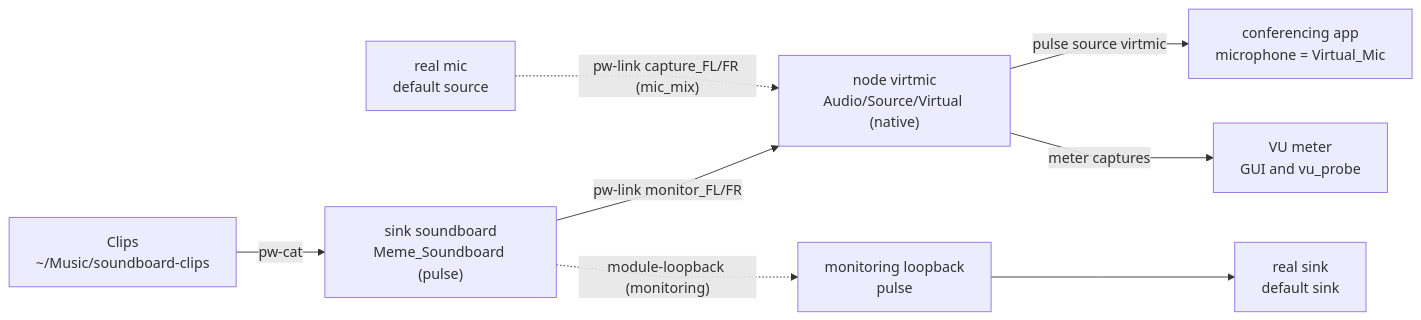
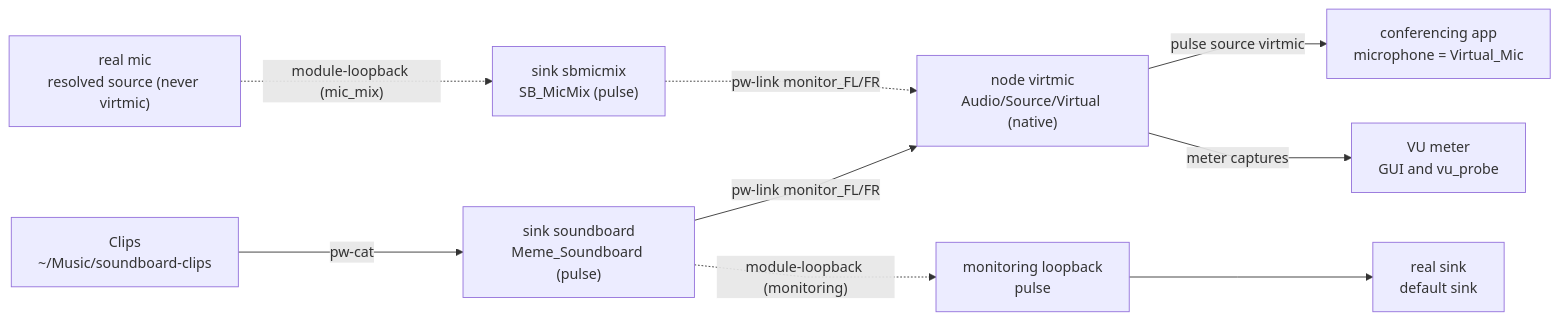
Before and after one commit to wsgoggway/soundboard: the first of 2 diagrams in docs/hld.md, drawn with Mermaid. The commit also changed other lines of this file and 5 other files, not shown here.

````diff
--- a/docs/hld.md
+++ b/docs/hld.md
@@ -38,20 +39,22 @@
 ```mermaid
 %%{init: {'flowchart': {'curve': 'linear'}}}%%
 flowchart LR
     CLIPS["Clips<br/>~/Music/soundboard-clips"]
     SB["sink soundboard<br/>Meme_Soundboard (pulse)"]
+    MIC["real mic<br/>resolved source (never virtmic)"]
+    SBM["sink sbmicmix<br/>SB_MicMix (pulse)"]
     VM["node virtmic<br/>Audio/Source/Virtual (native)"]
-    MIC["real mic<br/>default source"]
     RS["real sink<br/>default sink"]
     LB["monitoring loopback<br/>pulse"]
     CONF["conferencing app<br/>microphone = Virtual_Mic"]
     VU["VU meter<br/>GUI and vu_probe"]
 
     CLIPS -->|"pw-cat"| SB
     SB -->|"pw-link monitor_FL/FR"| VM
-    MIC -.->|"pw-link capture_FL/FR (mic_mix)"| VM
+    MIC -.->|"module-loopback (mic_mix)"| SBM
+    SBM -.->|"pw-link monitor_FL/FR"| VM
     SB -.->|"module-loopback (monitoring)"| LB
     LB --> RS
     VM -->|"pulse source virtmic"| CONF
     VM -->|"meter captures"| VU
 ```
````
